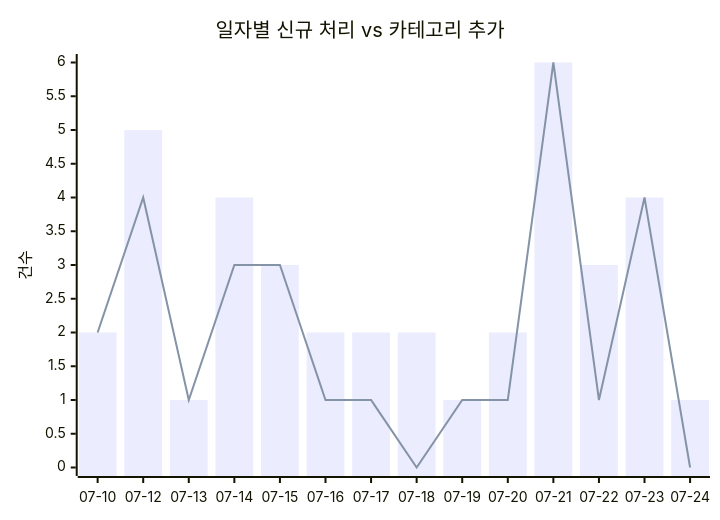
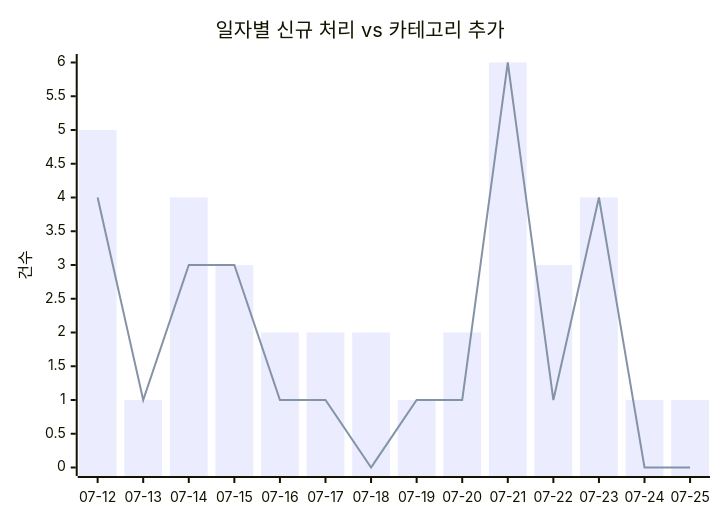
Before and after one commit to J-nowcow/awesome-korean-agent-skills: the first of 2 diagrams in docs/trends.md, drawn with Mermaid. The commit also changed other lines of this file and 2 other files, not shown here.

````diff
--- a/docs/trends.md
+++ b/docs/trends.md
@@ -32,8 +32,8 @@
 ```mermaid
 xychart-beta
     title "일자별 신규 처리 vs 카테고리 추가"
-    x-axis ["07-10","07-12","07-13","07-14","07-15","07-16","07-17","07-18","07-19","07-20","07-21","07-22","07-23","07-24"]
+    x-axis ["07-12","07-13","07-14","07-15","07-16","07-17","07-18","07-19","07-20","07-21","07-22","07-23","07-24","07-25"]
     y-axis "건수"
-    bar [2,5,1,4,3,2,2,2,1,2,6,3,4,1]
-    line [2,4,1,3,3,1,1,0,1,1,6,1,4,0]
+    bar [5,1,4,3,2,2,2,1,2,6,3,4,1,1]
+    line [4,1,3,3,1,1,0,1,1,6,1,4,0,0]
 ```
````
